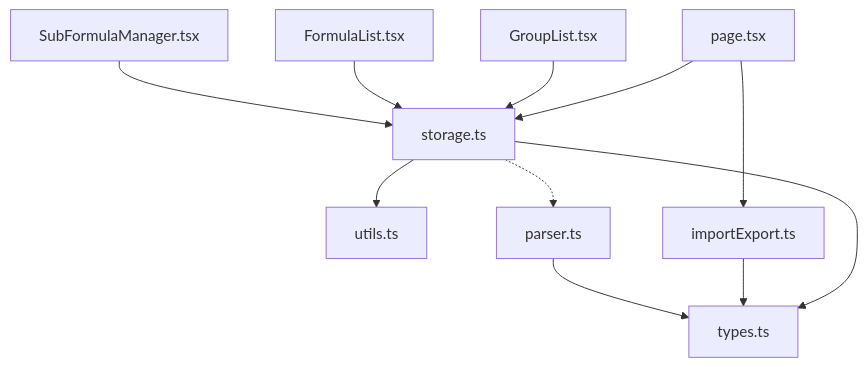
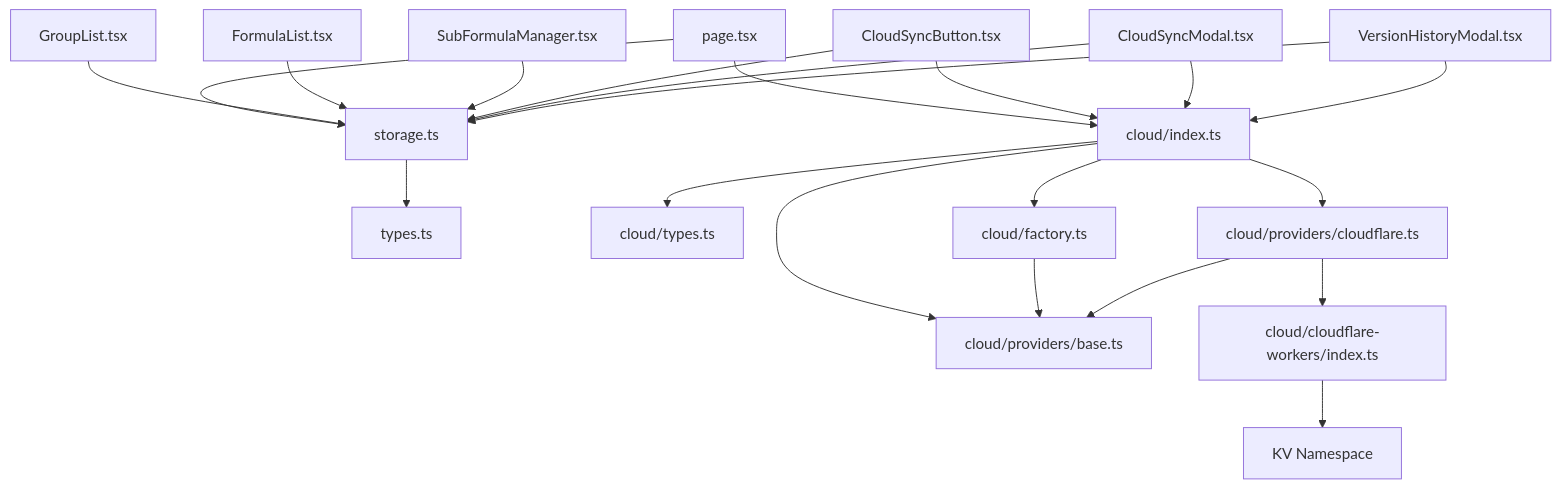
One commit to steveyu2/formula-mapper changed the sixth of 6 diagrams in .qoder/repowiki/zh/content/API参考/数据存储API.md. Above: the diagram before and after it, drawn with Mermaid. The commit also changed other lines of this file and 14 other files, not shown here.

````diff
--- a/.qoder/repowiki/zh/content/API参考/数据存储API.md
+++ b/.qoder/repowiki/zh/content/API参考/数据存储API.md
@@ -412,13 +849,23 @@
 ```mermaid
 graph TB
-Storage[storage.ts] --> Types[types.ts]
-Storage --> Utils[utils.ts]
-Page[page.tsx] --> Storage
-Page --> ImportExport[importExport.ts]
-GroupList[GroupList.tsx] --> Storage
-FormulaList[FormulaList.tsx] --> Storage
-SubFormulaManager[SubFormulaManager.tsx] --> Storage
-ImportExport --> Types
-Parser[parser.ts] --> Types
-Storage -.-> Parser
+LocalStorage[storage.ts] --> Types[types.ts]
+CloudAPI[cloud/index.ts] --> CloudTypes[cloud/types.ts]
+CloudAPI --> Factory[cloud/factory.ts]
+CloudAPI --> BaseProvider[cloud/providers/base.ts]
+CloudAPI --> CloudflareProvider[cloud/providers/cloudflare.ts]
+Factory --> BaseProvider
+CloudflareProvider --> BaseProvider
+CloudflareProvider --> CloudflareWorkers[cloud/cloudflare-workers/index.ts]
+CloudflareWorkers --> KVNamespace[KV Namespace]
+Page[page.tsx] --> LocalStorage
+Page --> CloudAPI
+GroupList[GroupList.tsx] --> LocalStorage
+FormulaList[FormulaList.tsx] --> LocalStorage
+SubFormulaManager[SubFormulaManager.tsx] --> LocalStorage
+CloudSyncButton[CloudSyncButton.tsx] --> CloudAPI
+CloudSyncModal[CloudSyncModal.tsx] --> CloudAPI
+VersionHistoryModal[VersionHistoryModal.tsx] --> CloudAPI
+CloudSyncButton --> LocalStorage
+CloudSyncModal --> LocalStorage
+VersionHistoryModal --> LocalStorage
 ```
````
